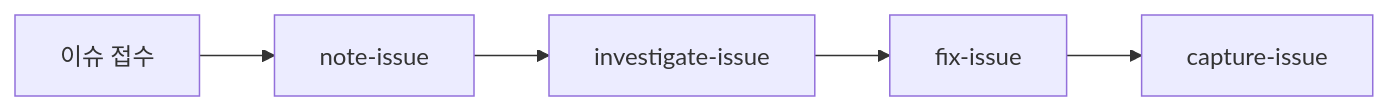
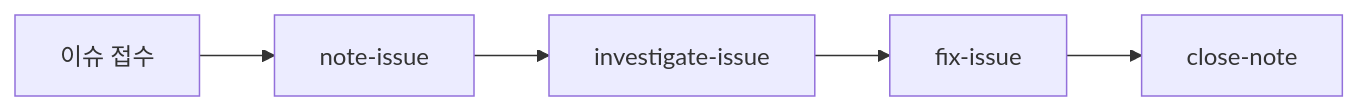
The second of 5 diagrams in .claude/commands/ops/README.adoc (flex-team/flex-oncall), drawn with Mermaid before and after one commit. The commit also changed other lines of this file and 8 other files, not shown here.

First line of the commit message:
♻️ ops 커맨드 구조 개편: capture-issue → close-note, update-cookbook + update-index → update-artifacts

```diff
--- a/.claude/commands/ops/README.adoc
+++ b/.claude/commands/ops/README.adoc
@@ -261,8 +239,8 @@
 [mermaid]
 ....
 graph LR
     A["이슈 접수"] --> B["note-issue"]
     B --> C["investigate-issue"]
     C --> D["fix-issue"]
-    D --> E["capture-issue"]
+    D --> E["close-note"]
 ....
```
